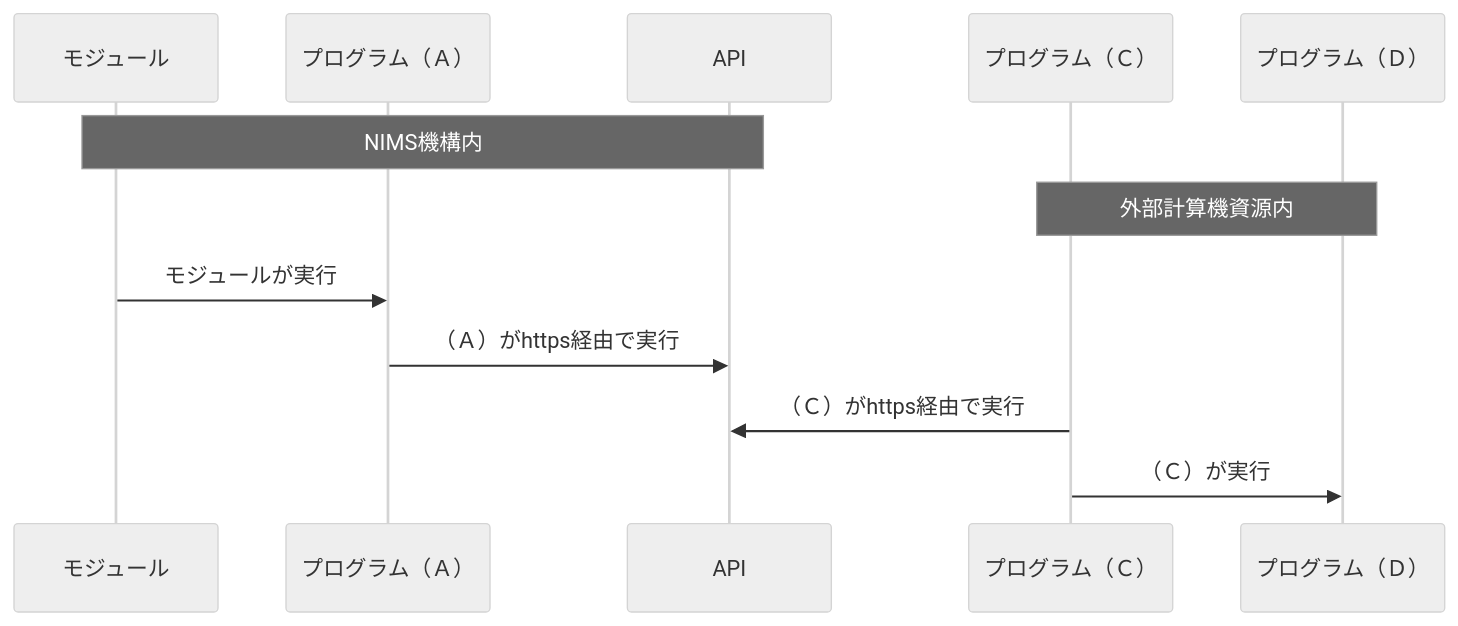
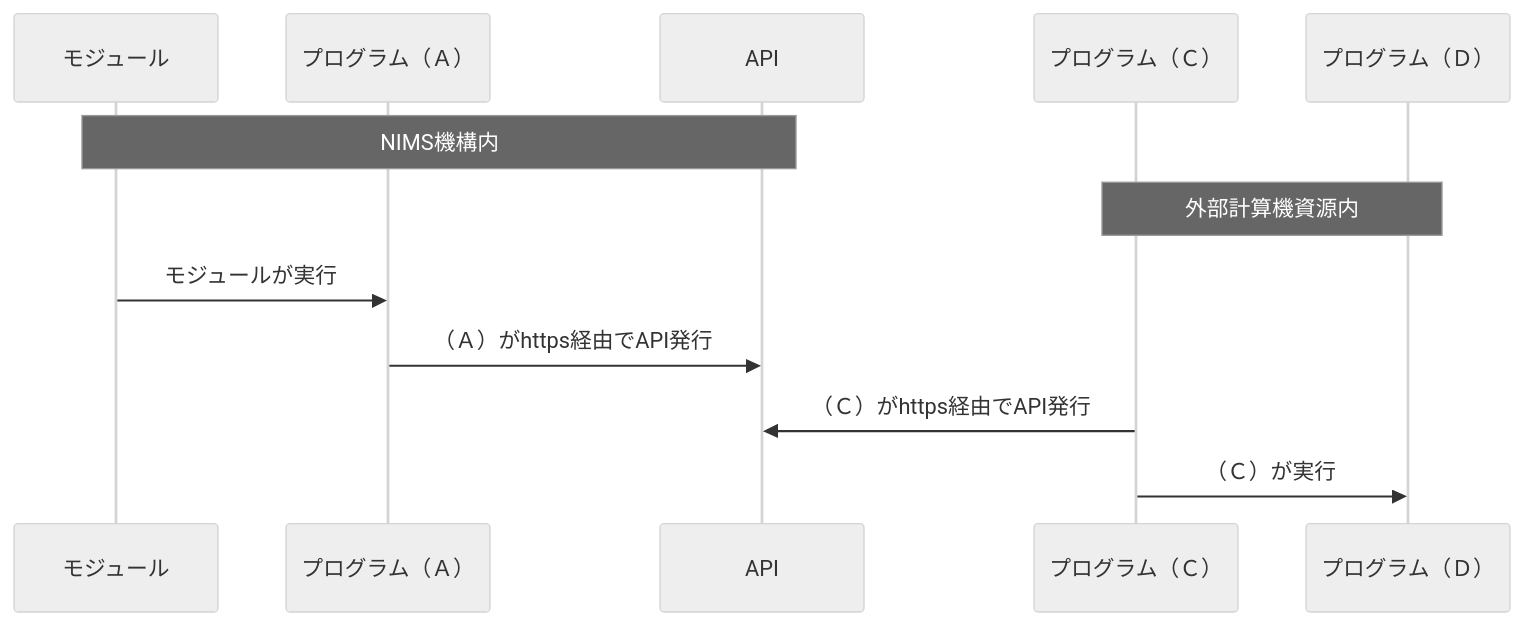
Before and after one commit to materialsintegration/remote_workflow: the fourth of 4 diagrams in documents/manual2nd/source/using_distributed_properties.rst, drawn with Mermaid (neutral theme). The commit also changed other lines of this file, not shown here.

```diff
--- a/documents/manual2nd/source/using_distributed_properties.rst
+++ b/documents/manual2nd/source/using_distributed_properties.rst
@@ -412,19 +444,19 @@
 .. mermaid::
    :caption: ポーリング方式でのコマンドの流れ
    :align: center
 
    sequenceDiagram;
 
      participant A as モジュール
      participant B as プログラム（Ａ）
      participant C as API
      participant D as プログラム（Ｃ）
      participant E as プログラム（Ｄ）
 
      Note over A,C : NIMS機構内
      Note over D,E : 外部計算機資源内
 
      A->>B:モジュールが実行
-     B->>C:（Ａ）がhttps経由で実行
-     D->>C:（Ｃ）がhttps経由で実行
+     B->>C:（Ａ）がhttps経由でAPI発行
+     D->>C:（Ｃ）がhttps経由でAPI発行
      D->>E:（Ｃ）が実行
```
